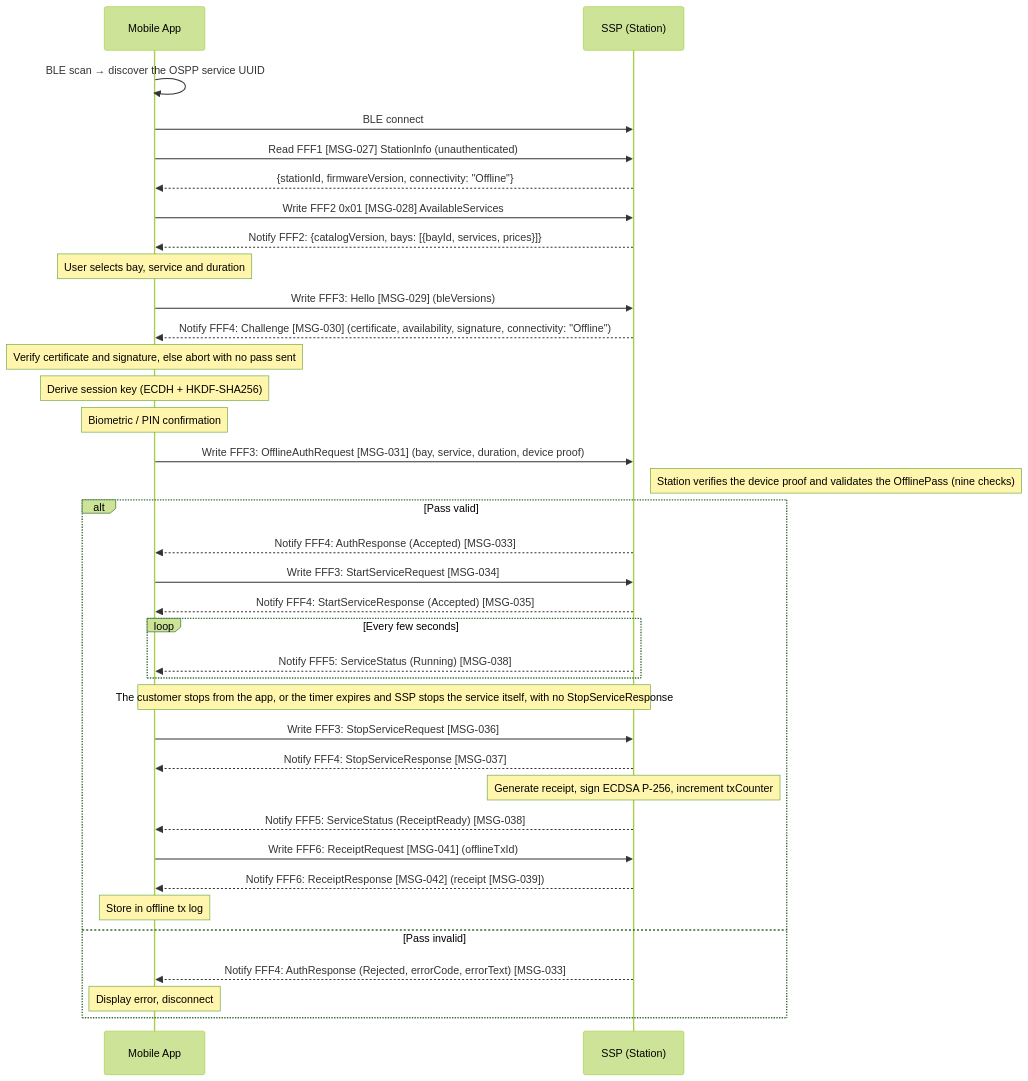
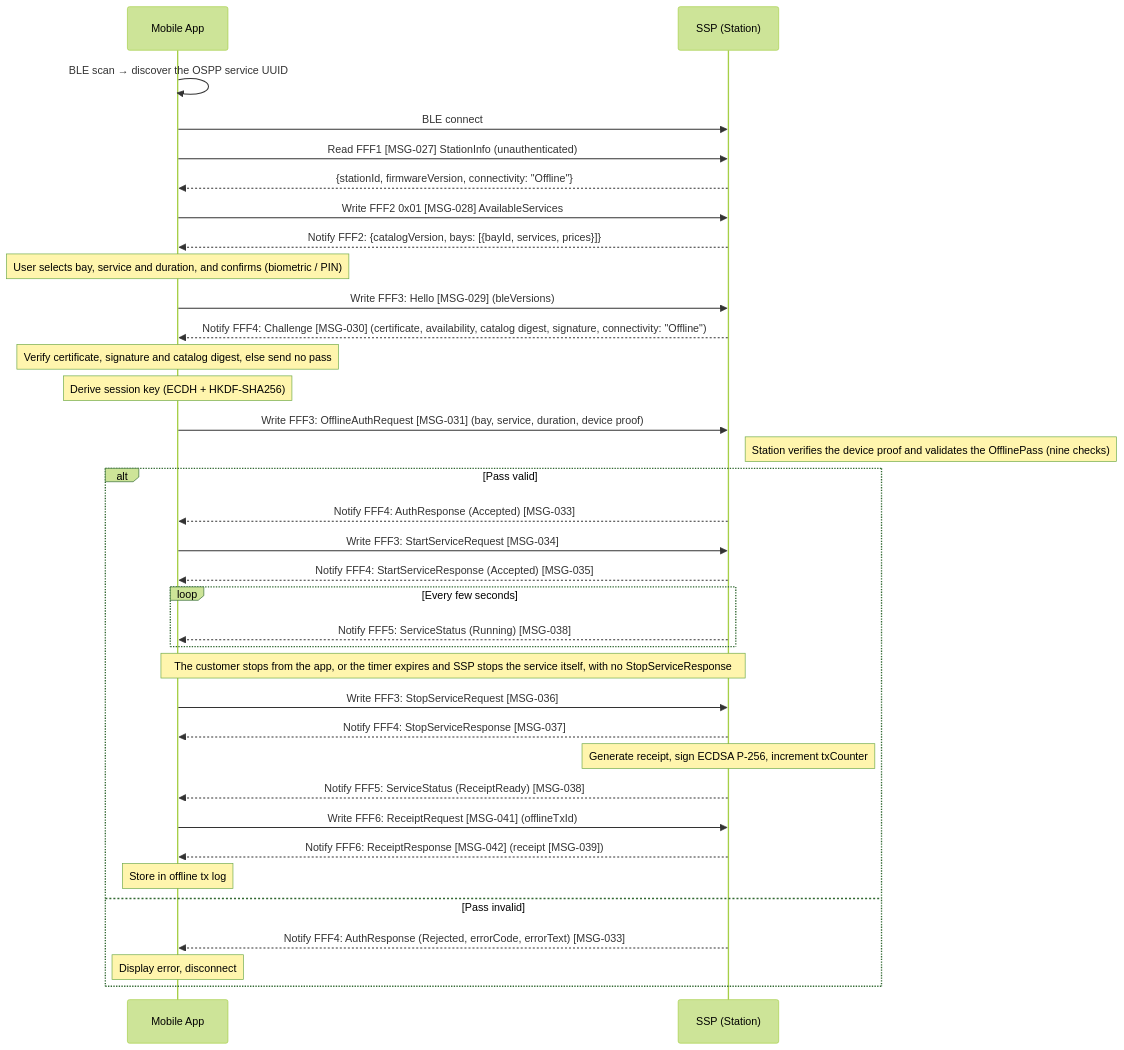
The fifth of 19 diagrams in spec/04-flows.md (ospp-org/spec), drawn with Mermaid (forest theme) before and after one commit. The commit also changed other lines of this file and 29 other files, not shown here.

````diff
--- a/spec/04-flows.md
+++ b/spec/04-flows.md
@@ -730,51 +730,50 @@
 ```mermaid
 sequenceDiagram
     participant App as Mobile App
     participant SSP as SSP (Station)
 
     App->>App: BLE scan → discover the OSPP service UUID
     App->>SSP: BLE connect
 
     App->>SSP: Read FFF1 [MSG-027] StationInfo (unauthenticated)
     SSP-->>App: {stationId, firmwareVersion, connectivity: "Offline"}
     App->>SSP: Write FFF2 0x01 [MSG-028] AvailableServices
     SSP-->>App: Notify FFF2: {catalogVersion, bays: [{bayId, services, prices}]}
 
-    Note over App: User selects bay, service and duration
+    Note over App: User selects bay, service and duration, and confirms (biometric / PIN)
 
     App->>SSP: Write FFF3: Hello [MSG-029] (bleVersions)
-    SSP-->>App: Notify FFF4: Challenge [MSG-030] (certificate, availability, signature, connectivity: "Offline")
+    SSP-->>App: Notify FFF4: Challenge [MSG-030] (certificate, availability, catalog digest, signature, connectivity: "Offline")
 
-    Note over App: Verify certificate and signature, else abort with no pass sent
+    Note over App: Verify certificate, signature and catalog digest, else send no pass
     Note over App: Derive session key (ECDH + HKDF-SHA256)
-    Note over App: Biometric / PIN confirmation
 
     App->>SSP: Write FFF3: OfflineAuthRequest [MSG-031] (bay, service, duration, device proof)
     Note right of SSP: Station verifies the device proof and validates the OfflinePass (nine checks)
 
     alt Pass valid
         SSP-->>App: Notify FFF4: AuthResponse (Accepted) [MSG-033]
 
         App->>SSP: Write FFF3: StartServiceRequest [MSG-034]
         SSP-->>App: Notify FFF4: StartServiceResponse (Accepted) [MSG-035]
 
         loop Every few seconds
             SSP-->>App: Notify FFF5: ServiceStatus (Running) [MSG-038]
         end
 
         Note over App,SSP: The customer stops from the app, or the timer expires and SSP stops the service itself, with no StopServiceResponse
         App->>SSP: Write FFF3: StopServiceRequest [MSG-036]
         SSP-->>App: Notify FFF4: StopServiceResponse [MSG-037]
 
         Note over SSP: Generate receipt, sign ECDSA P-256, increment txCounter
         SSP-->>App: Notify FFF5: ServiceStatus (ReceiptReady) [MSG-038]
 
         App->>SSP: Write FFF6: ReceiptRequest [MSG-041] (offlineTxId)
         SSP-->>App: Notify FFF6: ReceiptResponse [MSG-042] (receipt [MSG-039])
         Note over App: Store in offline tx log
 
     else Pass invalid
         SSP-->>App: Notify FFF4: AuthResponse (Rejected, errorCode, errorText) [MSG-033]
         Note over App: Display error, disconnect
     end
 ```
````
